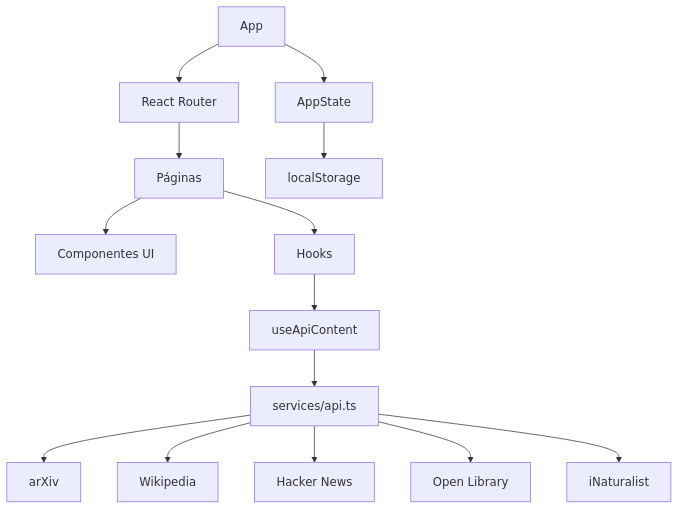
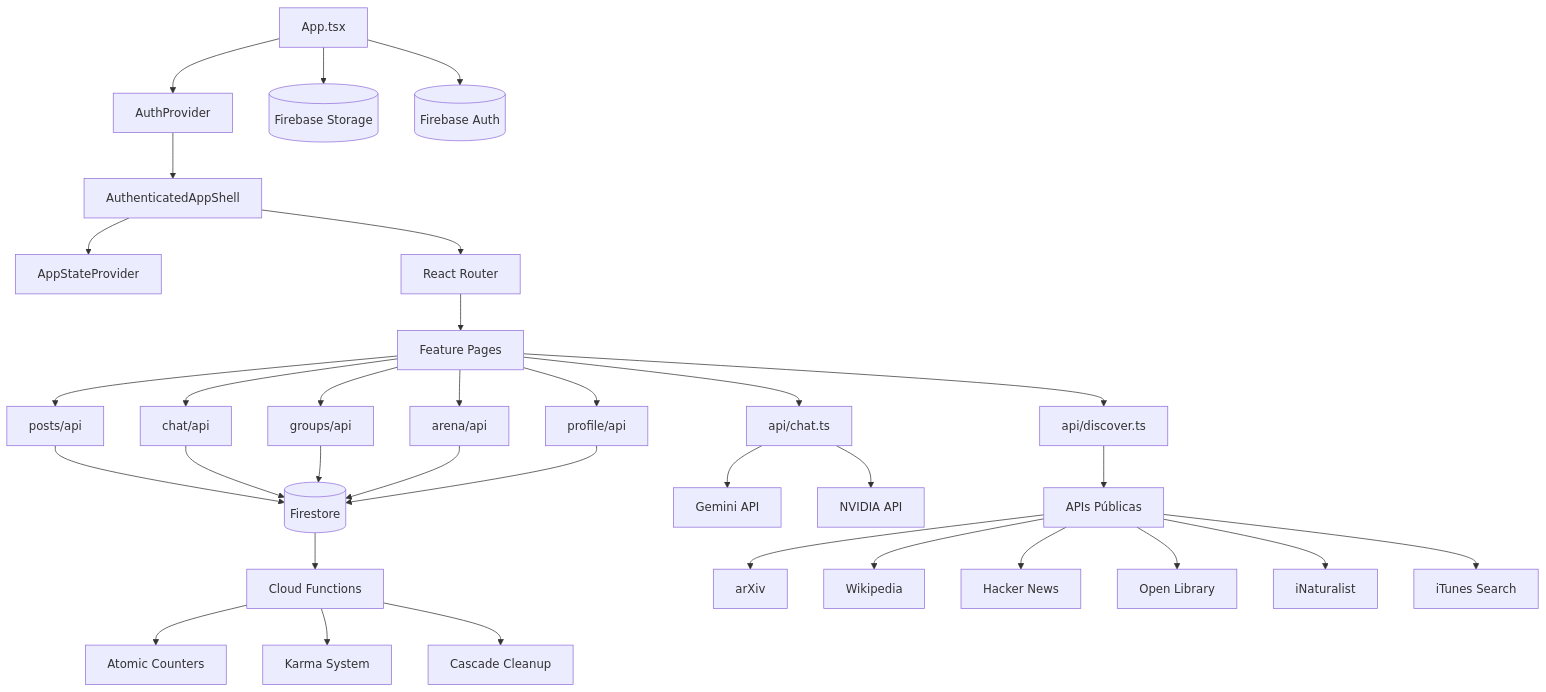
Before and after one commit to vicenzoscavino1999/vinctus: the first of 2 diagrams in README.md, drawn with Mermaid. The commit also changed other lines of this file and 73 other files, not shown here.

First line of the commit message:
feat: Arena AI, NVIDIA fallback, shared utilities, followed categories

````diff
--- a/README.md
+++ b/README.md
@@ -39,16 +51,41 @@
 ```mermaid
 flowchart TD
-  App[App] --> Router[React Router]
-  Router --> Pages[Páginas]
-  Pages --> Components[Componentes UI]
-  Pages --> Hooks[Hooks]
-  Hooks --> ApiHook[useApiContent]
-  ApiHook --> Api[services/api.ts]
-  Api --> Arxiv[arXiv]
-  Api --> Wikipedia[Wikipedia]
-  Api --> HackerNews[Hacker News]
-  Api --> OpenLibrary[Open Library]
-  Api --> iNaturalist[iNaturalist]
-  App --> AppState[AppState]
-  AppState --> LocalStorage[localStorage]
+  App[App.tsx] --> AuthProvider[AuthProvider]
+  AuthProvider --> AppShell[AuthenticatedAppShell]
+  AppShell --> AppState[AppStateProvider]
+  AppShell --> Router[React Router]
+  Router --> Pages[Feature Pages]
+
+  Pages --> PostsAPI[posts/api]
+  Pages --> ChatAPI[chat/api]
+  Pages --> GroupsAPI[groups/api]
+  Pages --> ArenaAPI[arena/api]
+  Pages --> ProfileAPI[profile/api]
+
+  PostsAPI --> Firestore[(Firestore)]
+  ChatAPI --> Firestore
+  GroupsAPI --> Firestore
+  ArenaAPI --> Firestore
+  ProfileAPI --> Firestore
+
+  Pages --> ChatServerlessAPI[api/chat.ts]
+  ChatServerlessAPI --> Gemini[Gemini API]
+  ChatServerlessAPI --> NVIDIA[NVIDIA API]
+  Pages --> DiscoverServerlessAPI[api/discover.ts]
+
+  Firestore --> CloudFunctions[Cloud Functions]
+  CloudFunctions --> Counters[Atomic Counters]
+  CloudFunctions --> Karma[Karma System]
+  CloudFunctions --> Cleanup[Cascade Cleanup]
+
+  DiscoverServerlessAPI --> PublicAPIs[APIs Públicas]
+  PublicAPIs --> ArXiv[arXiv]
+  PublicAPIs --> Wikipedia[Wikipedia]
+  PublicAPIs --> HackerNews[Hacker News]
+  PublicAPIs --> OpenLibrary[Open Library]
+  PublicAPIs --> iNaturalist[iNaturalist]
+  PublicAPIs --> ITunes[iTunes Search]
+
+  App --> Storage[(Firebase Storage)]
+  App --> Auth[(Firebase Auth)]
 ```
````
